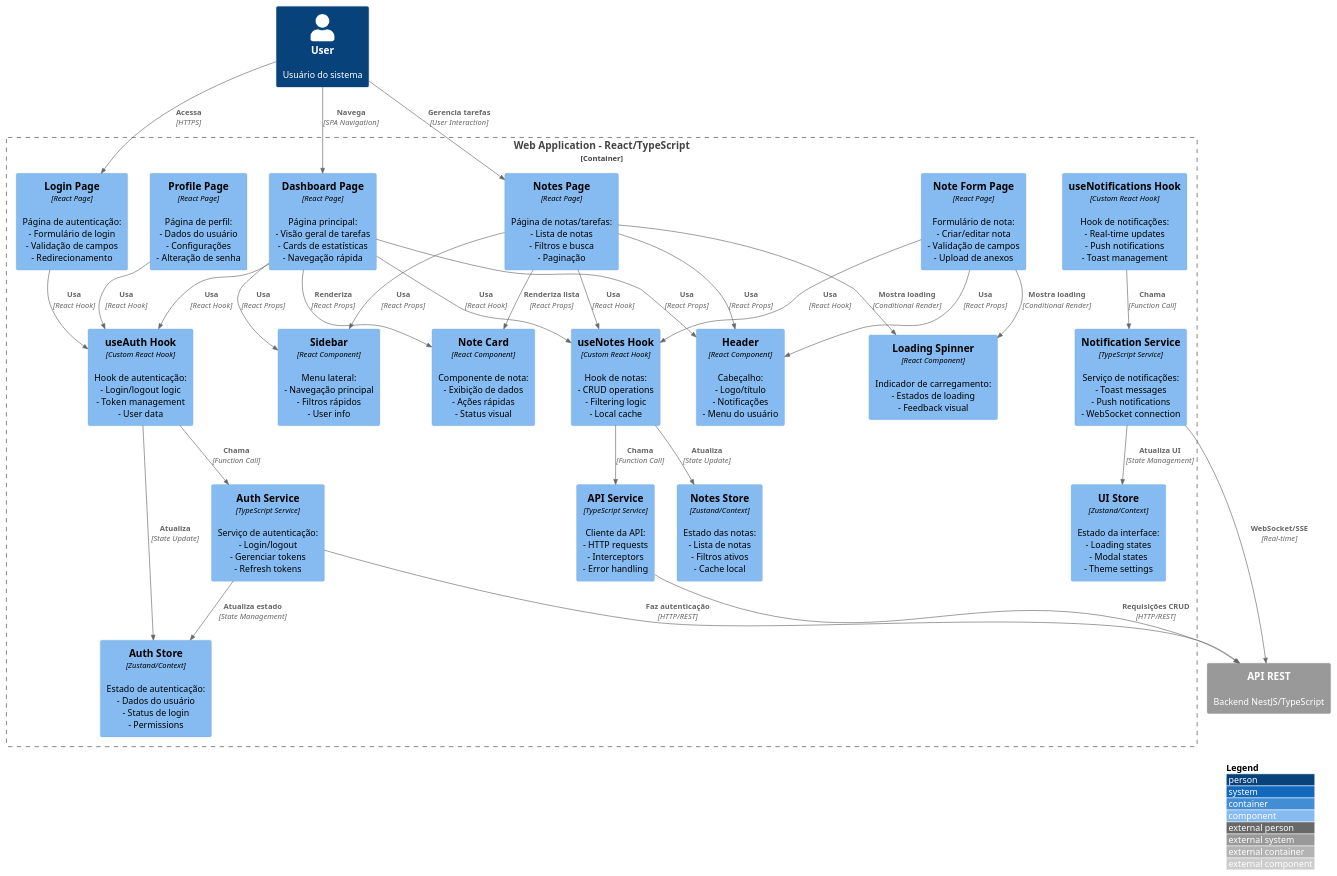
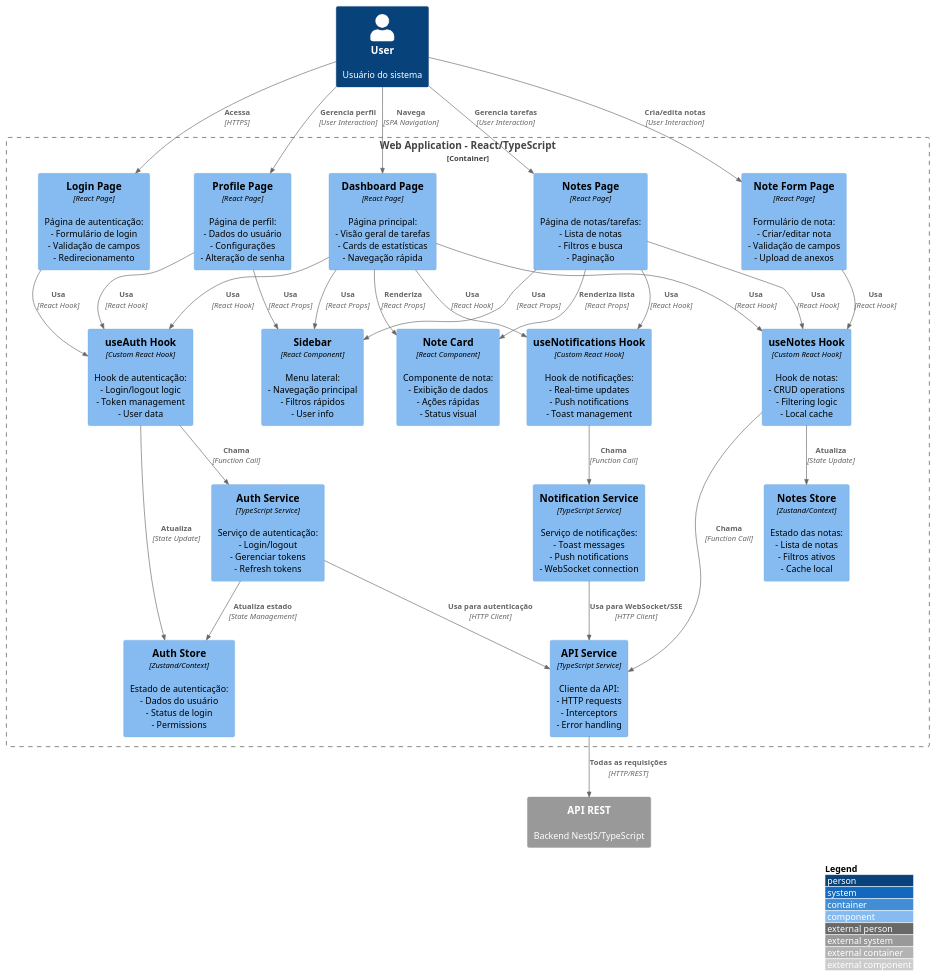
The diagram in diagramas c4/DIAGRAMA_C4_COMPONENT_WEB.puml (juliocesarfs/tjgo-projeto-software), drawn with PlantUML before and after one commit. The commit also changed 1 other file, not shown here.

Commit message:
docs: update component diagrams for Control Tasks API and Web Application to include new use cases and relationships

```diff
--- a/diagramas c4/DIAGRAMA_C4_COMPONENT_WEB.puml
+++ b/diagramas c4/DIAGRAMA_C4_COMPONENT_WEB.puml
@@ -1,129 +1,124 @@
 @startuml C4_Component_ControlTasks_WebApp
 
 !include https://raw.githubusercontent.com/plantuml-stdlib/C4-PlantUML/master/C4_Component.puml
 
 ' ============================================================================
 ' COMPONENT DIAGRAM - Level 3
 ' Control Tasks Web Application - Componentes React/TypeScript
 ' ============================================================================
 
 LAYOUT_WITH_LEGEND()
 
 Person(userPerson, "User", "Usuário do sistema")
 System_Ext(apiRest, "API REST", "Backend NestJS/TypeScript")
 
 Container_Boundary(webAppContainer, "Web Application - React/TypeScript") {
     
     ' ============================================================================
     ' LAYER: PAGES/ROUTES
     ' ============================================================================
     Component(loginPage, "Login Page", "React Page", "Página de autenticação:\n- Formulário de login\n- Validação de campos\n- Redirecionamento")
     
     Component(dashboardPage, "Dashboard Page", "React Page", "Página principal:\n- Visão geral de tarefas\n- Cards de estatísticas\n- Navegação rápida")
     
     Component(notesPage, "Notes Page", "React Page", "Página de notas/tarefas:\n- Lista de notas\n- Filtros e busca\n- Paginação")
     
     Component(noteFormPage, "Note Form Page", "React Page", "Formulário de nota:\n- Criar/editar nota\n- Validação de campos\n- Upload de anexos")
     
     Component(profilePage, "Profile Page", "React Page", "Página de perfil:\n- Dados do usuário\n- Configurações\n- Alteração de senha")
 
     ' ============================================================================
     ' LAYER: COMPONENTS (UI)
     ' ============================================================================
     Component(noteCard, "Note Card", "React Component", "Componente de nota:\n- Exibição de dados\n- Ações rápidas\n- Status visual")
     
     Component(sidebar, "Sidebar", "React Component", "Menu lateral:\n- Navegação principal\n- Filtros rápidos\n- User info")
     
-    Component(header, "Header", "React Component", "Cabeçalho:\n- Logo/título\n- Notificações\n- Menu do usuário")
-    
-    Component(loadingSpinner, "Loading Spinner", "React Component", "Indicador de carregamento:\n- Estados de loading\n- Feedback visual")
-
     ' ============================================================================
     ' LAYER: SERVICES
     ' ============================================================================
     Component(authService, "Auth Service", "TypeScript Service", "Serviço de autenticação:\n- Login/logout\n- Gerenciar tokens\n- Refresh tokens")
     
     Component(apiService, "API Service", "TypeScript Service", "Cliente da API:\n- HTTP requests\n- Interceptors\n- Error handling")
     
     Component(notificationService, "Notification Service", "TypeScript Service", "Serviço de notificações:\n- Toast messages\n- Push notifications\n- WebSocket connection")
 
     ' ============================================================================
     ' LAYER: STATE MANAGEMENT
     ' ============================================================================
     Component(authStore, "Auth Store", "Zustand/Context", "Estado de autenticação:\n- Dados do usuário\n- Status de login\n- Permissions")
     
     Component(notesStore, "Notes Store", "Zustand/Context", "Estado das notas:\n- Lista de notas\n- Filtros ativos\n- Cache local")
     
-    Component(uiStore, "UI Store", "Zustand/Context", "Estado da interface:\n- Loading states\n- Modal states\n- Theme settings")
-
     ' ============================================================================
     ' LAYER: HOOKS
     ' ============================================================================
     Component(useAuth, "useAuth Hook", "Custom React Hook", "Hook de autenticação:\n- Login/logout logic\n- Token management\n- User data")
     
     Component(useNotes, "useNotes Hook", "Custom React Hook", "Hook de notas:\n- CRUD operations\n- Filtering logic\n- Local cache")
     
     Component(useNotifications, "useNotifications Hook", "Custom React Hook", "Hook de notificações:\n- Real-time updates\n- Push notifications\n- Toast management")
 }
 
 ' ============================================================================
 ' RELACIONAMENTOS EXTERNOS
 ' ============================================================================
 
 Rel(userPerson, loginPage, "Acessa", "HTTPS")
 Rel(userPerson, dashboardPage, "Navega", "SPA Navigation")
 Rel(userPerson, notesPage, "Gerencia tarefas", "User Interaction")
+Rel(userPerson, noteFormPage, "Cria/edita notas", "User Interaction")
+Rel(userPerson, profilePage, "Gerencia perfil", "User Interaction")
 
 ' ============================================================================
 ' RELACIONAMENTOS - PAGES → COMPONENTS
 ' ============================================================================
 
-Rel(dashboardPage, header, "Usa", "React Props")
+
 Rel(dashboardPage, sidebar, "Usa", "React Props")
 Rel(dashboardPage, noteCard, "Renderiza", "React Props")
 
-Rel(notesPage, header, "Usa", "React Props")
+
 Rel(notesPage, sidebar, "Usa", "React Props")
 Rel(notesPage, noteCard, "Renderiza lista", "React Props")
-Rel(notesPage, loadingSpinner, "Mostra loading", "Conditional Render")
 
-Rel(noteFormPage, header, "Usa", "React Props")
-Rel(noteFormPage, loadingSpinner, "Mostra loading", "Conditional Render")
+
+Rel(profilePage, sidebar, "Usa", "React Props")
 
 ' ============================================================================
 ' RELACIONAMENTOS - PAGES → HOOKS
 ' ============================================================================
 
 Rel(loginPage, useAuth, "Usa", "React Hook")
 Rel(dashboardPage, useAuth, "Usa", "React Hook")
 Rel(dashboardPage, useNotes, "Usa", "React Hook")
 Rel(notesPage, useNotes, "Usa", "React Hook")
 Rel(noteFormPage, useNotes, "Usa", "React Hook")
 Rel(profilePage, useAuth, "Usa", "React Hook")
+Rel(dashboardPage, useNotifications, "Usa", "React Hook")
+Rel(notesPage, useNotifications, "Usa", "React Hook")
 
 ' ============================================================================
 ' RELACIONAMENTOS - HOOKS → SERVICES & STORES
 ' ============================================================================
 
 Rel(useAuth, authService, "Chama", "Function Call")
 Rel(useAuth, authStore, "Atualiza", "State Update")
 Rel(useNotes, apiService, "Chama", "Function Call")
 Rel(useNotes, notesStore, "Atualiza", "State Update")
 Rel(useNotifications, notificationService, "Chama", "Function Call")
-
 ' ============================================================================
 ' RELACIONAMENTOS - SERVICES → STORES
 ' ============================================================================
 
 Rel(authService, authStore, "Atualiza estado", "State Management")
-Rel(notificationService, uiStore, "Atualiza UI", "State Management")
 
 ' ============================================================================
 ' RELACIONAMENTOS - SERVICES → API EXTERNA
 ' ============================================================================
 
-Rel(authService, apiRest, "Faz autenticação", "HTTP/REST")
-Rel(apiService, apiRest, "Requisições CRUD", "HTTP/REST")
-Rel(notificationService, apiRest, "WebSocket/SSE", "Real-time")
+Rel(authService, apiService, "Usa para autenticação", "HTTP Client")
+Rel(notificationService, apiService, "Usa para WebSocket/SSE", "HTTP Client")
+Rel(apiService, apiRest, "Todas as requisições", "HTTP/REST")
 
 @enduml
```
